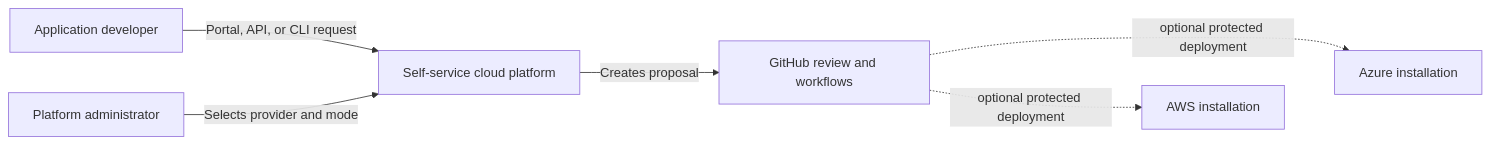
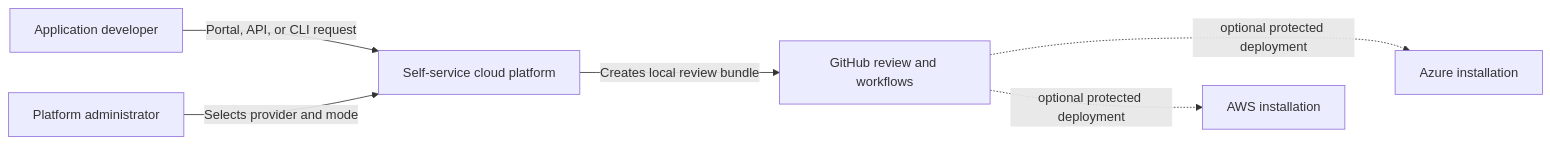
Before and after one commit to abdalrahmanattya/secure-self-service-cloud-platform: the diagram in docs/architecture.md, drawn with Mermaid. The commit also changed other lines of this file and 208 other files, not shown here.

````diff
--- a/docs/architecture.md
+++ b/docs/architecture.md
@@ -12,17 +12,17 @@
 ```mermaid
 flowchart LR
     developer[Application developer]
     admin[Platform administrator]
     platform[Self-service cloud platform]
     github[GitHub review and workflows]
     aws[AWS installation]
     azure[Azure installation]
 
     developer -->|Portal, API, or CLI request| platform
     admin -->|Selects provider and mode| platform
-    platform -->|Creates proposal| github
+    platform -->|Creates local review bundle| github
     github -. optional protected deployment .-> aws
     github -. optional protected deployment .-> azure
 
     aws ~~~ azure
 ```
````
